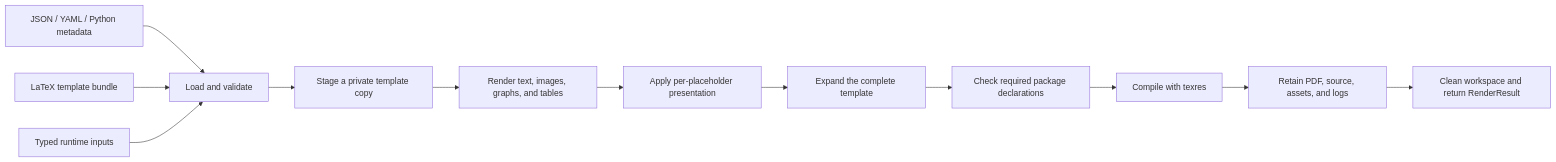
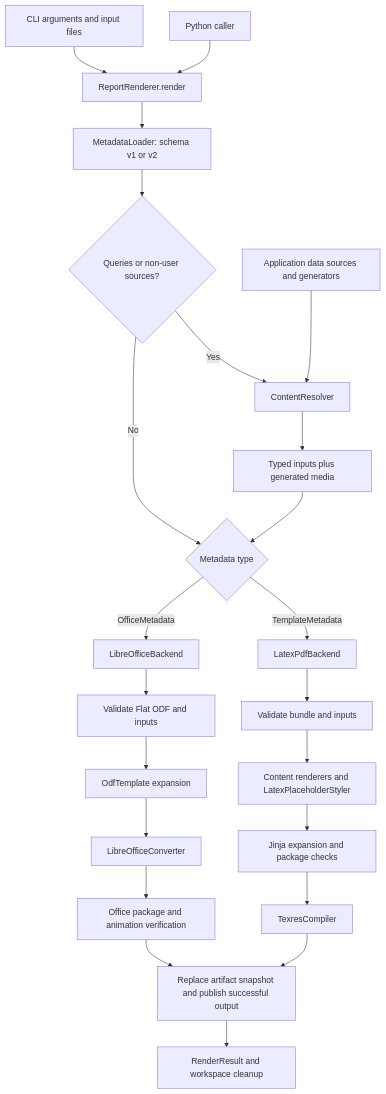
One commit to binzhango/report_agent changed the first of 2 diagrams in docs/project-overview.md. Above: the diagram before and after it, drawn with Mermaid. The commit also changed other lines of this file and 14 other files, not shown here.

Commit message:
Update architecture and documentation for current report backends

````diff
--- a/docs/project-overview.md
+++ b/docs/project-overview.md
@@ -33,14 +14,25 @@
 ```mermaid
-flowchart LR
-    Metadata[JSON / YAML / Python metadata] --> Validate[Load and validate]
-    Bundle[LaTeX template bundle] --> Validate
-    Inputs[Typed runtime inputs] --> Validate
-    Validate --> Workspace[Stage a private template copy]
-    Workspace --> Content[Render text, images, graphs, and tables]
-    Content --> Style[Apply per-placeholder presentation]
-    Style --> Jinja[Expand the complete template]
-    Jinja --> Packages[Check required package declarations]
-    Packages --> Compiler[Compile with texres]
-    Compiler --> Publish[Retain PDF, source, assets, and logs]
-    Publish --> Cleanup[Clean workspace and return RenderResult]
+flowchart TD
+    Python[Python caller] --> Facade[ReportRenderer.render]
+    CLI[CLI arguments and input files] --> Facade
+    Facade --> Metadata[MetadataLoader: schema v1 or v2]
+    Metadata --> NeedsResolution{Queries or non-user sources?}
+    NeedsResolution -->|Yes| Resolver[ContentResolver]
+    Adapters[Application data sources and generators] --> Resolver
+    Resolver --> Resolved[Typed inputs plus generated media]
+    Resolved --> Dispatch{Metadata type}
+    NeedsResolution -->|No| Dispatch
+    Dispatch -->|TemplateMetadata| PDF[LatexPdfBackend]
+    Dispatch -->|OfficeMetadata| Office[LibreOfficeBackend]
+    PDF --> TexInputs[Validate bundle and inputs]
+    TexInputs --> Fragments[Content renderers and LatexPlaceholderStyler]
+    Fragments --> Jinja[Jinja expansion and package checks]
+    Jinja --> Texres[TexresCompiler]
+    Office --> OfficeInputs[Validate Flat ODF and inputs]
+    OfficeInputs --> ODF[OdfTemplate expansion]
+    ODF --> Convert[LibreOfficeConverter]
+    Convert --> Package[Office package and animation verification]
+    Texres --> Publish[Replace artifact snapshot and publish successful output]
+    Package --> Publish
+    Publish --> Result[RenderResult and workspace cleanup]
 ```
````
